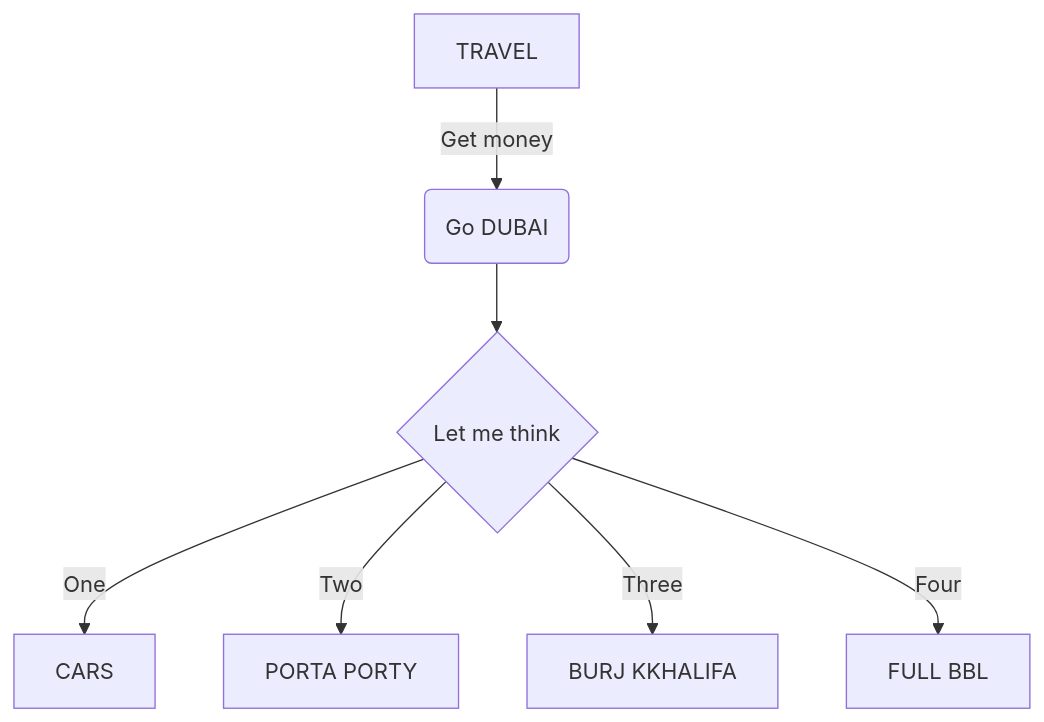
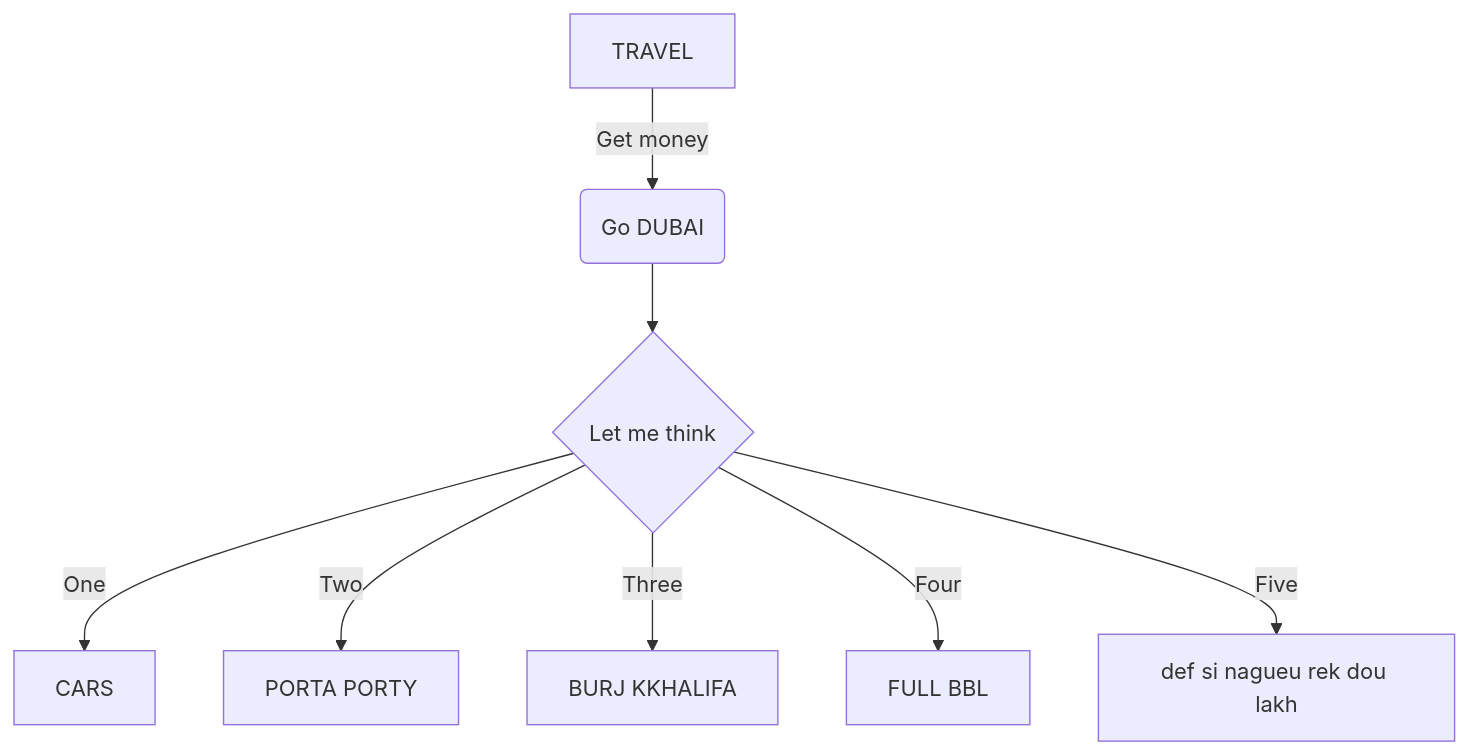
The diagram in README.md (Mouha2016-575/Atelier-UML), drawn with Mermaid before and after one commit.

Commit message:
Add fifth option to the diagram in README

````diff
--- a/README.md
+++ b/README.md
@@ -2,9 +2,10 @@
 ```mermaid
 flowchart TD
     A[TRAVEL] -->|Get money| B(Go DUBAI)
     B --> C{Let me think}
     C -->|One| D[CARS]
     C -->|Two| E[PORTA PORTY]
     C -->|Three| F[BURJ KKHALIFA]
     C -->|Four| G[FULL BBL]
+    C -->|Five| H[def si nagueu rek dou lakh]
 ```
````
